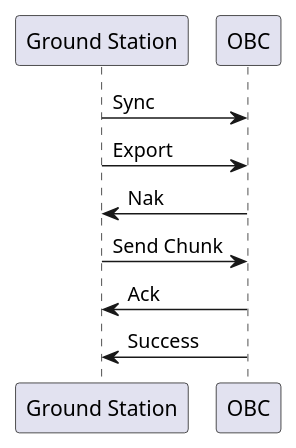
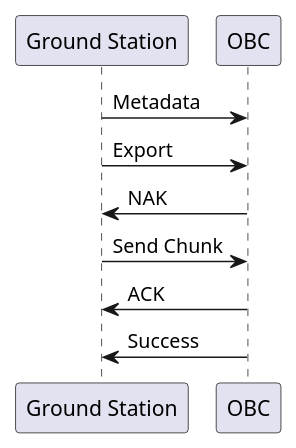
Before and after one commit to kubos/kubos: the first of 3 diagrams in docs/services/file-protocol.rst, drawn with PlantUML. The commit also changed other lines of this file and 1 other file, not shown here.

```diff
--- a/docs/services/file-protocol.rst
+++ b/docs/services/file-protocol.rst
@@ -210,15 +214,15 @@
 .. uml::
 
     @startuml
 
     participant "Ground Station" as ground
     participant "OBC" as obc
 
-    ground -> obc : Sync 
+    ground -> obc : Metadata
     ground -> obc : Export 
-    obc -> ground : Nak
+    obc -> ground : NAK
     ground -> obc : Send Chunk
-    obc -> ground : Ack
+    obc -> ground : ACK
     obc -> ground : Success
 
     @enduml
```
